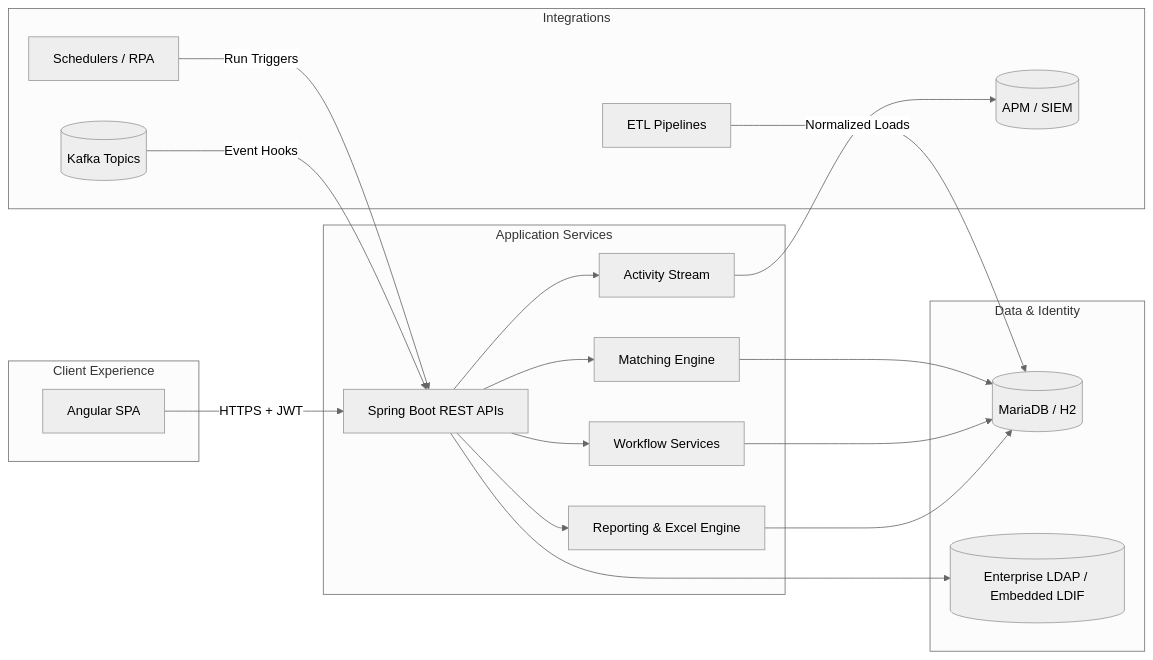
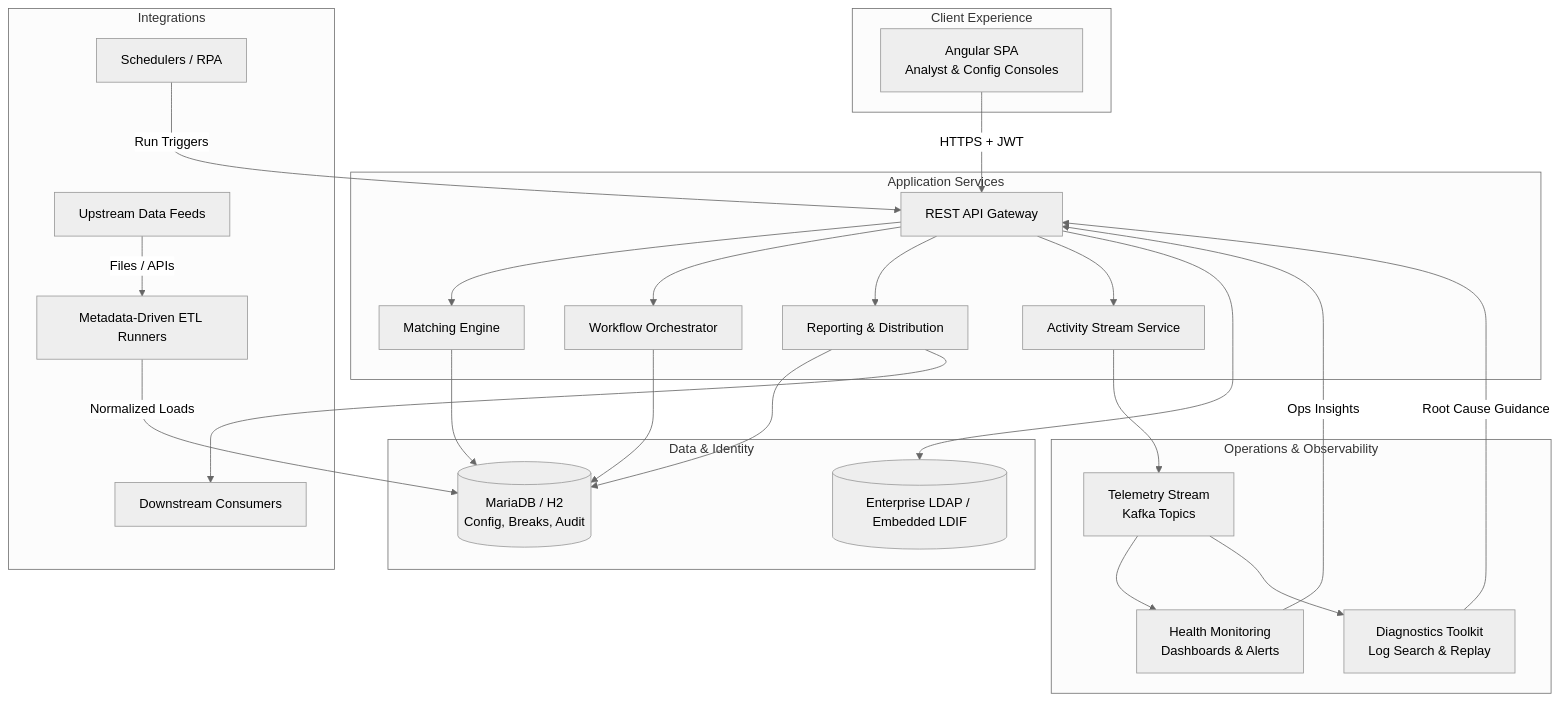
The first of 2 diagrams in docs/wiki/Architecture-Review-Briefing.md (kleash/recon-platform), drawn with Mermaid (neutral theme) before and after one commit. The commit also changed other lines of this file, not shown here.

Commit message:
Enhance architecture review briefing details

````diff
--- a/docs/wiki/Architecture-Review-Briefing.md
+++ b/docs/wiki/Architecture-Review-Briefing.md
@@ -22,37 +22,47 @@
 ```mermaid
-graph LR
+graph TD
   subgraph Client Experience
-    UI[Angular SPA]
+    UI[Angular SPA\nAnalyst & Config Consoles]
   end
   subgraph Application Services
-    API[Spring Boot REST APIs]
+    API[REST API Gateway]
     Match[Matching Engine]
-    Workflow[Workflow Services]
-    Export[Reporting & Excel Engine]
-    Activity[Activity Stream]
+    Workflow[Workflow Orchestrator]
+    Export[Reporting & Distribution]
+    Activity[Activity Stream Service]
   end
   subgraph Data & Identity
-    DB[(MariaDB / H2)]
+    DB[(MariaDB / H2\nConfig, Breaks, Audit)]
     LDAP[(Enterprise LDAP / Embedded LDIF)]
   end
   subgraph Integrations
-    ETL[ETL Pipelines]
-    Schedulers[Schedulers / RPA]
-    Kafka[(Kafka Topics)]
-    Observability[(APM / SIEM)]
+    Upstream[Upstream Data Feeds]
+    ETL[Metadata-Driven ETL Runners]
+    Scheduler[Schedulers / RPA]
+    Downstream[Downstream Consumers]
+  end
+  subgraph Operations & Observability
+    Telemetry[Telemetry Stream\nKafka Topics]
+    Health[Health Monitoring\nDashboards & Alerts]
+    Diagnostics[Diagnostics Toolkit\nLog Search & Replay]
   end
 
+  Upstream -->|Files / APIs| ETL
+  ETL -->|Normalized Loads| DB
+  Scheduler -->|Run Triggers| API
   UI -->|HTTPS + JWT| API
   API --> Match
   API --> Workflow
   API --> Export
   API --> Activity
   Match --> DB
   Workflow --> DB
   Export --> DB
-  Activity --> Observability
+  Activity --> Telemetry
+  Telemetry --> Health
+  Telemetry --> Diagnostics
+  Health -->|Ops Insights| API
+  Diagnostics -->|Root Cause Guidance| API
   API --> LDAP
-  ETL -->|Normalized Loads| DB
-  Schedulers -->|Run Triggers| API
-  Kafka -->|Event Hooks| API
+  Export --> Downstream
 ```
````
